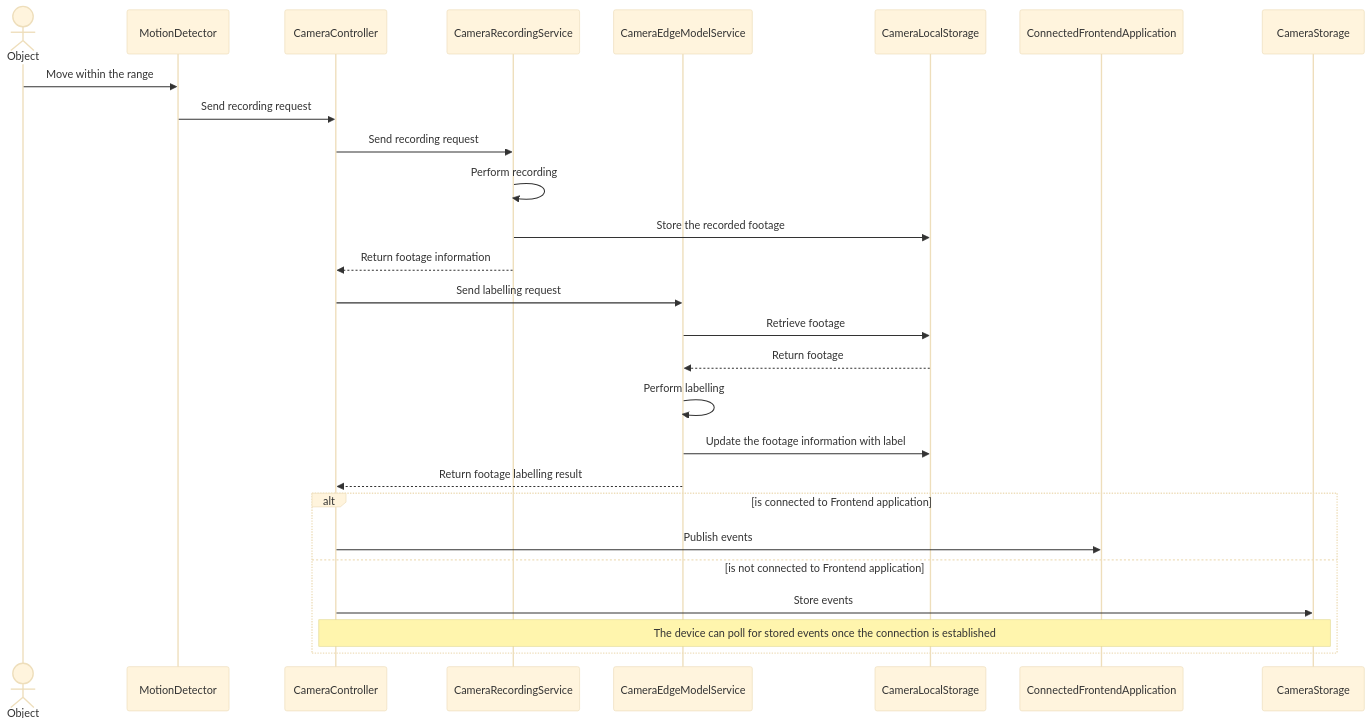
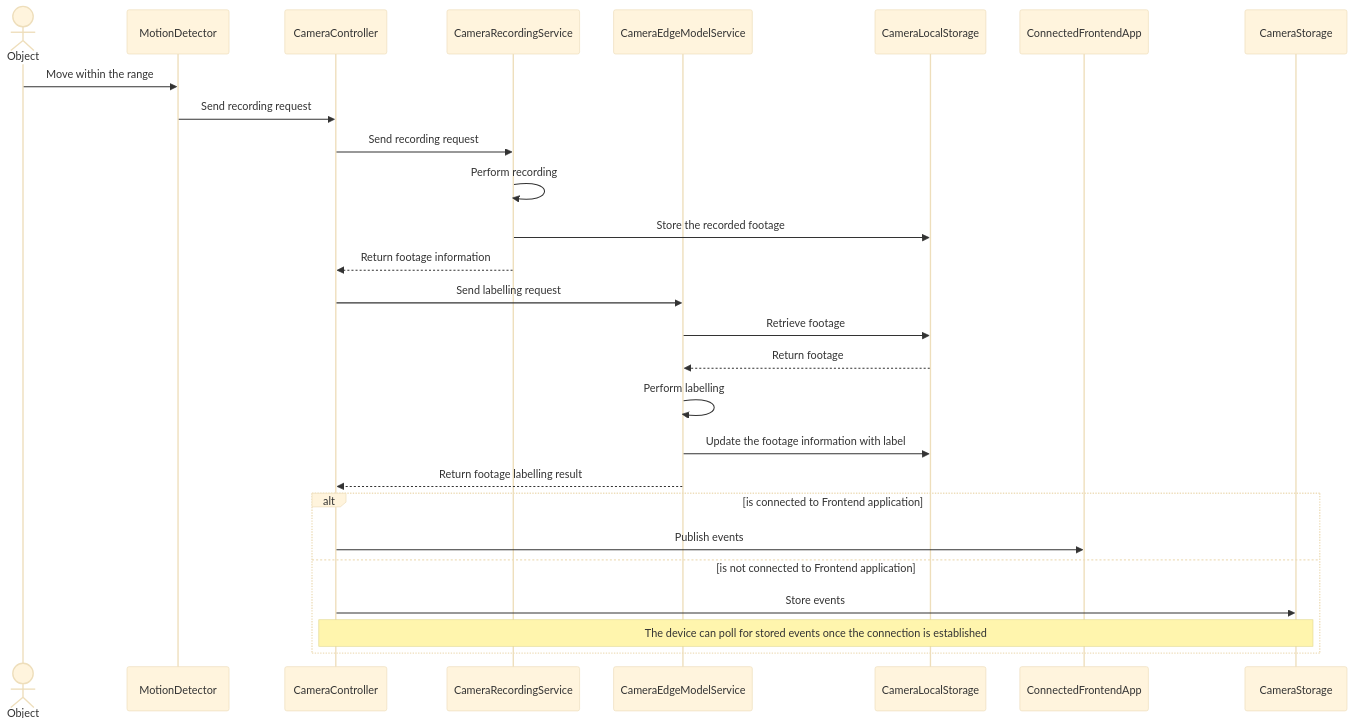
The first of 9 diagrams in sequence_diagrams.md (katocado/architectural-kata-fall-2023), drawn with Mermaid (base theme) before and after one commit. The commit also changed other lines of this file, not shown here.

Commit message:
update sequence diagrams

````diff
--- a/sequence_diagrams.md
+++ b/sequence_diagrams.md
@@ -16,42 +41,42 @@
 ```mermaid
 sequenceDiagram
 
     actor Object
     participant MotionDetector
     participant CameraController
     participant CameraRecordingService
     participant CameraEdgeModelService
     participant CameraLocalStorage
-    participant ConnectedFrontendApplication
+    participant ConnectedFrontendApp
 
     Object->>MotionDetector: Move within the range
 
     MotionDetector->>CameraController: Send recording request
 
     CameraController->>CameraRecordingService: Send recording request
 
     CameraRecordingService->>CameraRecordingService: Perform recording
 
     CameraRecordingService->>CameraLocalStorage: Store the recorded footage
 
     CameraRecordingService-->>CameraController: Return footage information
 
     CameraController->>CameraEdgeModelService: Send labelling request
 
     CameraEdgeModelService->>CameraLocalStorage: Retrieve footage 
     CameraLocalStorage-->>CameraEdgeModelService: Return footage 
 
     CameraEdgeModelService->>CameraEdgeModelService: Perform labelling
 
     CameraEdgeModelService->>CameraLocalStorage: Update the footage information with label
 
     CameraEdgeModelService-->>CameraController: Return footage labelling result
 
     alt is connected to Frontend application
-        CameraController->>ConnectedFrontendApplication: Publish events
+        CameraController->>ConnectedFrontendApp: Publish events
     else is not connected to Frontend application
         CameraController->>CameraStorage: Store events
         Note over CameraController,CameraStorage: The device can poll for stored events once the connection is established
     end
 
 ```
````
